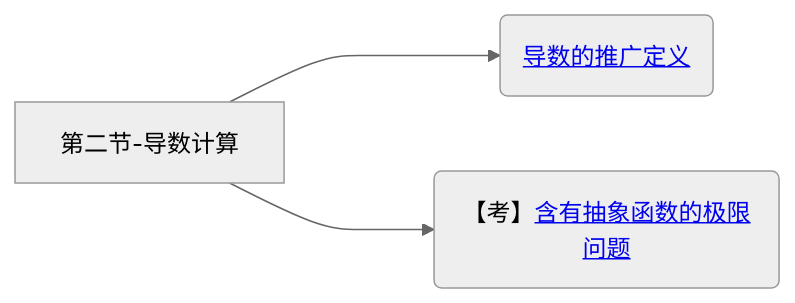
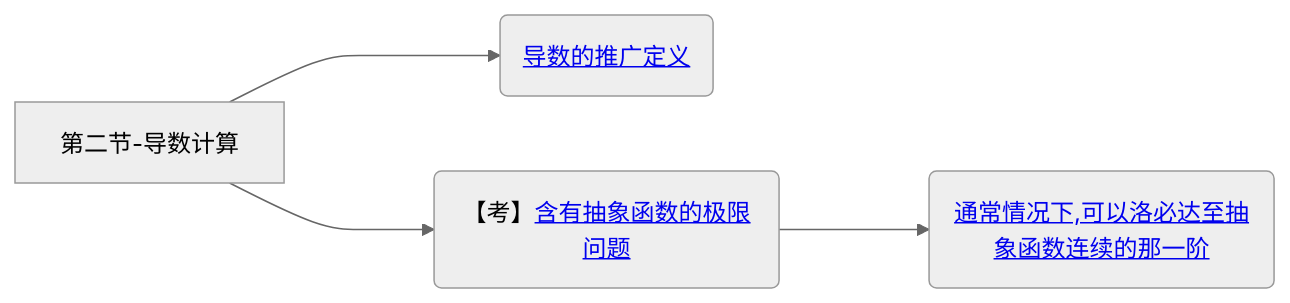
Before and after one commit to yuebinghui/note: diagram 12 of 12 in 笔记/数学/周洋鑫/01.基础班思维导图.md, drawn with Mermaid (neutral theme). The commit also changed 12 other files, not shown here.

````diff
--- a/笔记/数学/周洋鑫/01.基础班思维导图.md
+++ b/笔记/数学/周洋鑫/01.基础班思维导图.md
@@ -445,8 +445,10 @@
 ```mermaid
 graph LR
 第二节-导数计算
 
 第二节-导数计算--->导数的推广定义(<a href="/Users/yuebinghui/Documents/program/github/note/笔记/数学/周洋鑫/基础班/12.导数计算_1.md#导数的推广定义">导数的推广定义</>)
 
 第二节-导数计算--->含有抽象函数的极限问题(【考】<a href="/Users/yuebinghui/Documents/program/github/note/笔记/数学/周洋鑫/基础班/12.导数计算_1.md#含有抽象函数的极限问题">含有抽象函数的极限问题</>)
+
+含有抽象函数的极限问题--->通常情况下,可以洛必达至抽象函数连续的那一阶(<a href="/Users/yuebinghui/Documents/program/github/note/笔记/数学/周洋鑫/基础班/12.导数计算_1.md#通常情况下,可以洛必达至抽象函数连续的那一阶">通常情况下,可以洛必达至抽象函数连续的那一阶</>)
 ```
````
